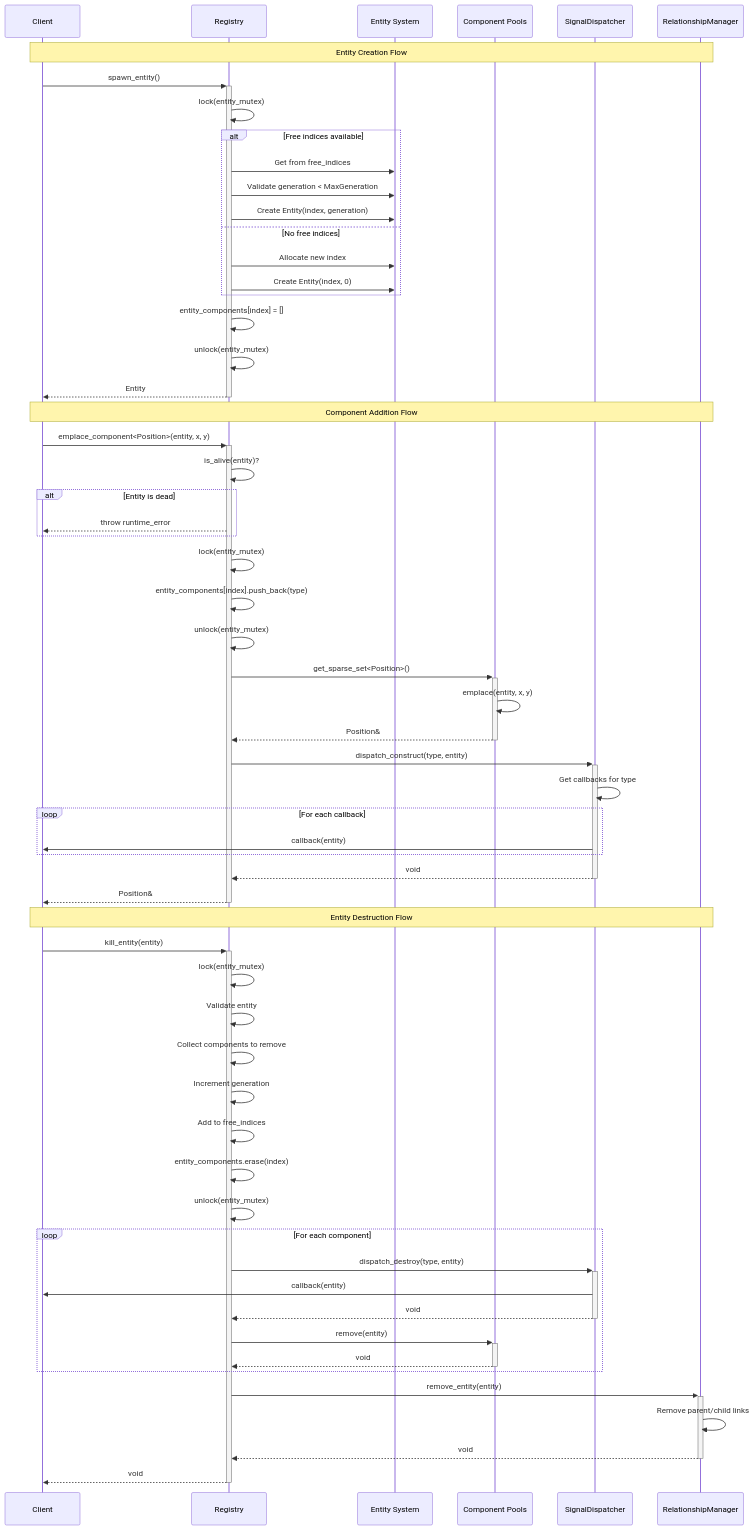
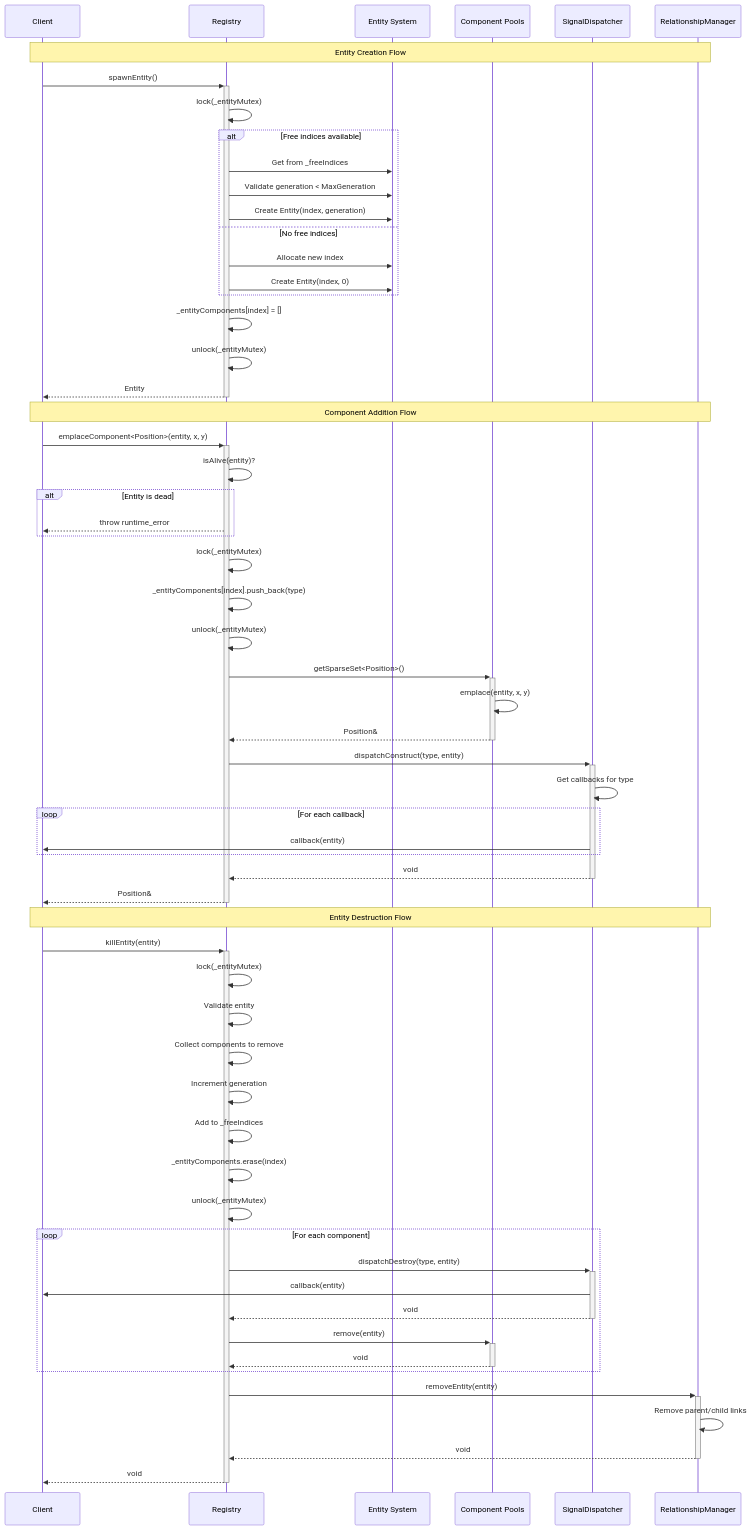
The third of 12 diagrams in doc/ecs/19_architecture_diagrams.md (My-Epitech-Organisation/Rtype), drawn with Mermaid before and after one commit. The commit also changed other lines of this file and 48 other files, not shown here.

```diff
--- a/doc/ecs/19_architecture_diagrams.md
+++ b/doc/ecs/19_architecture_diagrams.md
@@ -455,11 +455,11 @@
     %% Entity Creation
     Note over Client,RelationshipManager: Entity Creation Flow
     
-    Client->>+Registry: spawn_entity()
-    Registry->>Registry: lock(entity_mutex)
+    Client->>+Registry: spawnEntity()
+    Registry->>Registry: lock(_entityMutex)
     
     alt Free indices available
-        Registry->>EntitySystem: Get from free_indices
+        Registry->>EntitySystem: Get from _freeIndices
         Registry->>EntitySystem: Validate generation < MaxGeneration
         Registry->>EntitySystem: Create Entity(index, generation)
     else No free indices
@@ -467,29 +467,29 @@
         Registry->>EntitySystem: Create Entity(index, 0)
     end
     
-    Registry->>Registry: entity_components[index] = []
-    Registry->>Registry: unlock(entity_mutex)
+    Registry->>Registry: _entityComponents[index] = []
+    Registry->>Registry: unlock(_entityMutex)
     Registry-->>-Client: Entity
     
     %% Component Addition
     Note over Client,RelationshipManager: Component Addition Flow
     
-    Client->>+Registry: emplace_component<Position>(entity, x, y)
-    Registry->>Registry: is_alive(entity)?
+    Client->>+Registry: emplaceComponent<Position>(entity, x, y)
+    Registry->>Registry: isAlive(entity)?
     
     alt Entity is dead
         Registry-->>Client: throw runtime_error
     end
     
-    Registry->>Registry: lock(entity_mutex)
-    Registry->>Registry: entity_components[index].push_back(type)
-    Registry->>Registry: unlock(entity_mutex)
+    Registry->>Registry: lock(_entityMutex)
+    Registry->>Registry: _entityComponents[index].push_back(type)
+    Registry->>Registry: unlock(_entityMutex)
     
-    Registry->>+ComponentPools: get_sparse_set<Position>()
+    Registry->>+ComponentPools: getSparseSet<Position>()
     ComponentPools->>ComponentPools: emplace(entity, x, y)
     ComponentPools-->>-Registry: Position&
     
-    Registry->>+SignalDispatcher: dispatch_construct(type, entity)
+    Registry->>+SignalDispatcher: dispatchConstruct(type, entity)
     SignalDispatcher->>SignalDispatcher: Get callbacks for type
     
     loop For each callback
@@ -502,17 +502,17 @@
     %% Entity Destruction
     Note over Client,RelationshipManager: Entity Destruction Flow
     
-    Client->>+Registry: kill_entity(entity)
-    Registry->>Registry: lock(entity_mutex)
+    Client->>+Registry: killEntity(entity)
+    Registry->>Registry: lock(_entityMutex)
     Registry->>Registry: Validate entity
     Registry->>Registry: Collect components to remove
     Registry->>Registry: Increment generation
-    Registry->>Registry: Add to free_indices
-    Registry->>Registry: entity_components.erase(index)
-    Registry->>Registry: unlock(entity_mutex)
+    Registry->>Registry: Add to _freeIndices
+    Registry->>Registry: _entityComponents.erase(index)
+    Registry->>Registry: unlock(_entityMutex)
     
     loop For each component
-        Registry->>+SignalDispatcher: dispatch_destroy(type, entity)
+        Registry->>+SignalDispatcher: dispatchDestroy(type, entity)
         SignalDispatcher->>Client: callback(entity)
         SignalDispatcher-->>-Registry: void
         
@@ -520,7 +520,7 @@
         ComponentPools-->>-Registry: void
     end
     
-    Registry->>+RelationshipManager: remove_entity(entity)
+    Registry->>+RelationshipManager: removeEntity(entity)
     RelationshipManager->>RelationshipManager: Remove parent/child links
     RelationshipManager-->>-Registry: void
     
```
